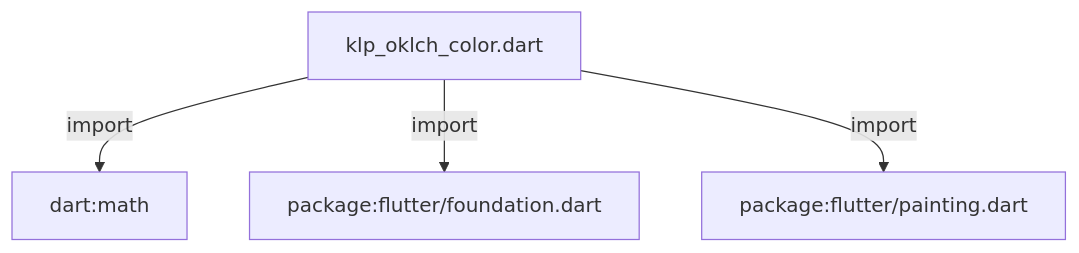
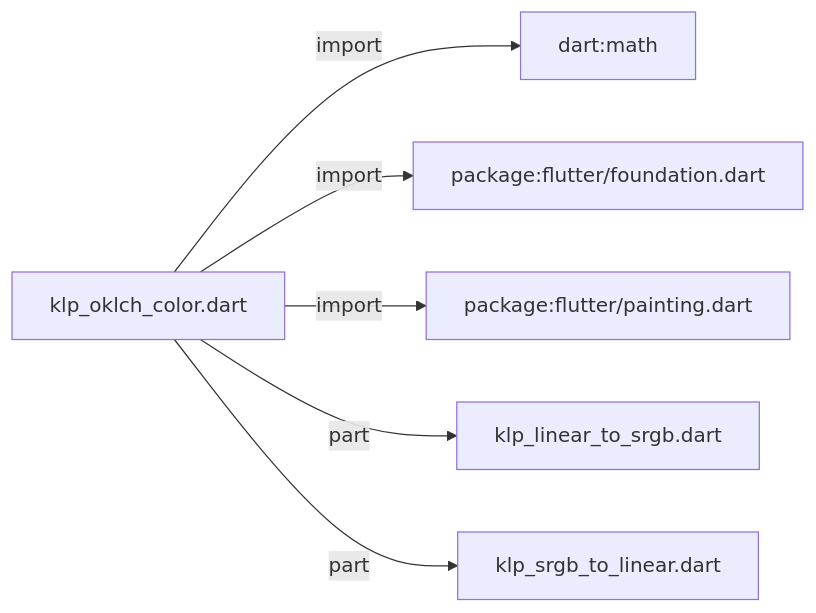
The first of 2 diagrams in docs/architecture/src/foundation/klp_oklch_color.md (MiuDog/Kallopis), drawn with Mermaid before and after one commit. The commit also changed other lines of this file and 3539 other files, not shown here.

````diff
--- a/docs/architecture/src/foundation/klp_oklch_color.md
+++ b/docs/architecture/src/foundation/klp_oklch_color.md
@@ -11,10 +11,14 @@
 ```mermaid
-flowchart TD
+flowchart LR
 	n0["klp_oklch_color.dart"]
 	n1["dart:math"]
 	n2["package:flutter/foundation.dart"]
 	n3["package:flutter/painting.dart"]
+	n4["klp_linear_to_srgb.dart"]
+	n5["klp_srgb_to_linear.dart"]
 	n0 -->|"import"| n1
 	n0 -->|"import"| n2
 	n0 -->|"import"| n3
+	n0 -->|"part"| n4
+	n0 -->|"part"| n5
 ```
````
